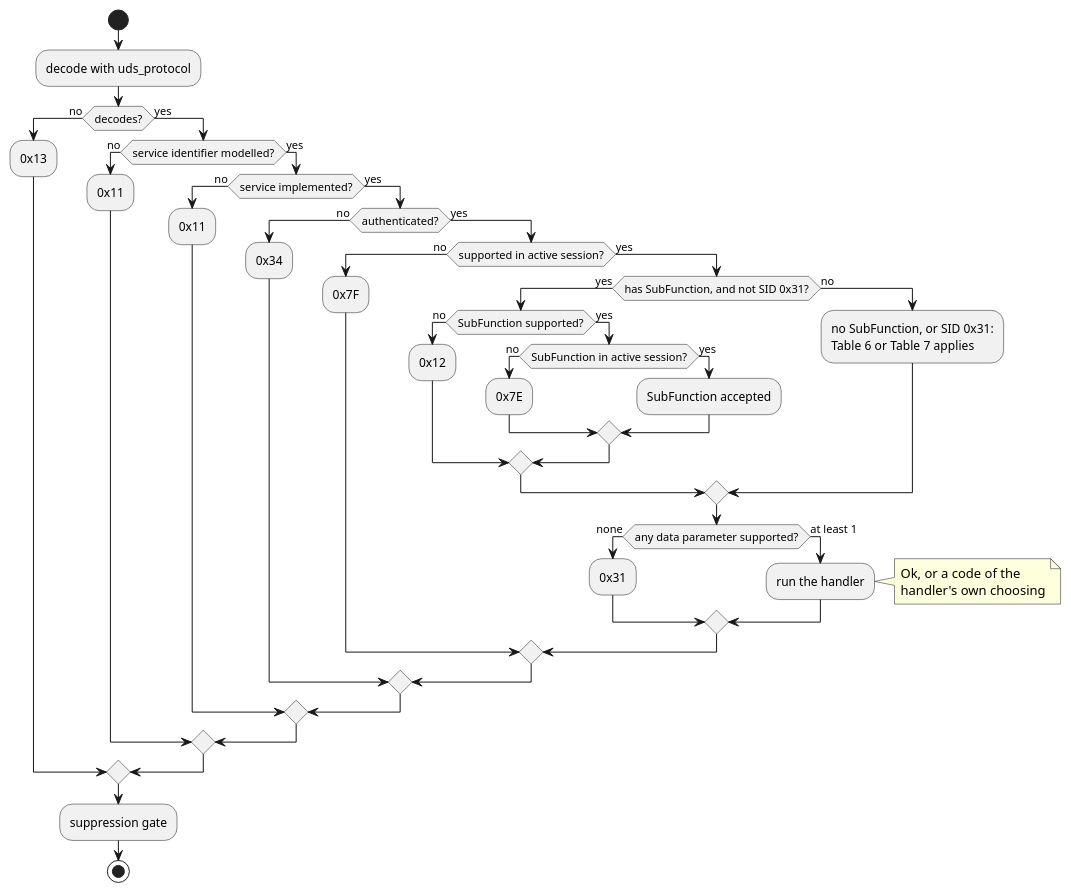
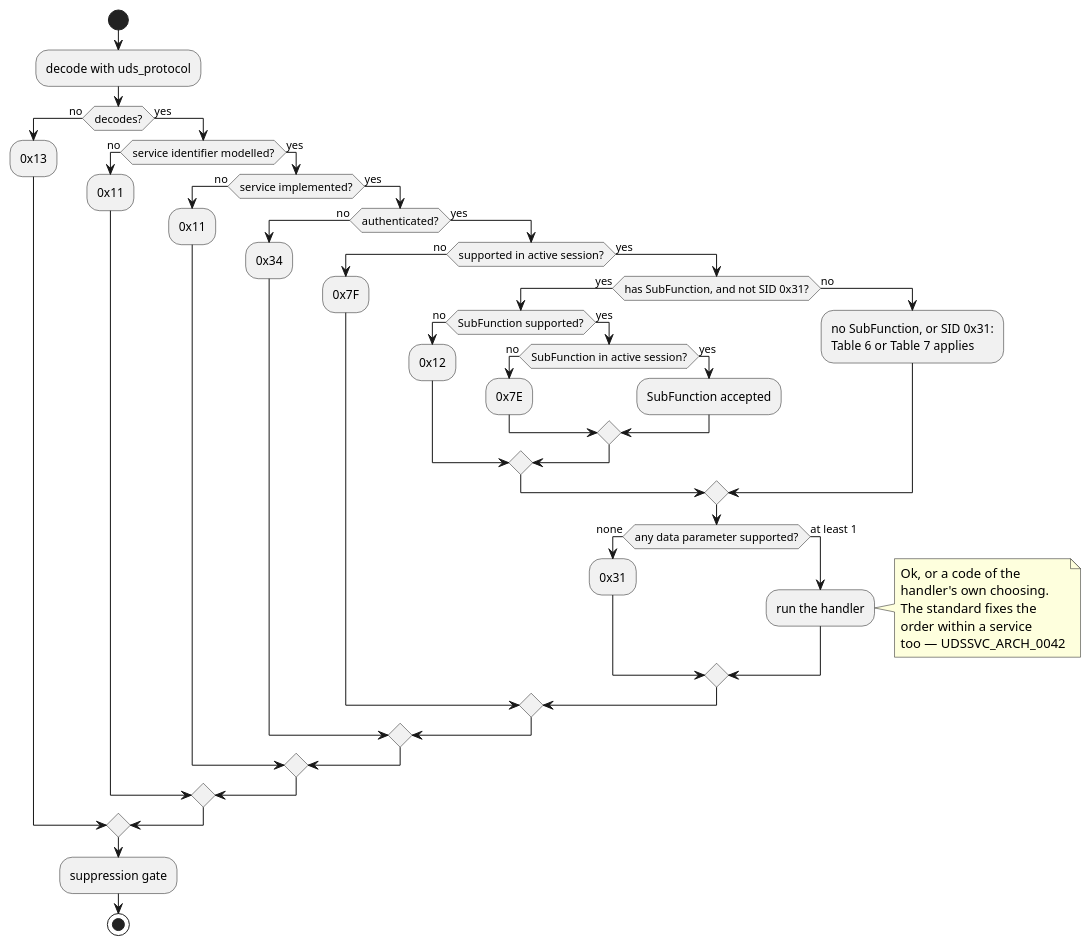
The second of 3 diagrams in crates/uds_services/docs/architecture/dispatch.rst (luminartech/uds_stack), drawn with PlantUML before and after one commit. The commit also changed other lines of this file and 5 other files, not shown here.

```diff
--- a/crates/uds_services/docs/architecture/dispatch.rst
+++ b/crates/uds_services/docs/architecture/dispatch.rst
@@ -72,54 +72,57 @@
 .. uml::
    :align: center
    :caption: The mandatory path. Optional and manufacturer-specific checks
              (``UDSSVC_ARCH_0011``) are omitted; each attaches at a stated position.
 
    @startuml
    start
    :decode with uds_protocol;
    if (decodes?) then (no)
      :0x13; <<negative>>
    else (yes)
      if (service identifier modelled?) then (no)
        :0x11; <<negative>>
      else (yes)
        if (service implemented?) then (no)
          :0x11; <<negative>>
        else (yes)
          if (authenticated?) then (no)
            :0x34; <<negative>>
          else (yes)
            if (supported in active session?) then (no)
              :0x7F; <<negative>>
            else (yes)
              if (has SubFunction, and not SID 0x31?) then (yes)
                if (SubFunction supported?) then (no)
                  :0x12; <<negative>>
                else (yes)
                  if (SubFunction in active session?) then (no)
                    :0x7E; <<negative>>
                  else (yes)
                    :SubFunction accepted;
                  endif
                endif
              else (no)
                :no SubFunction, or SID 0x31:
                Table 6 or Table 7 applies;
              endif
              if (any data parameter supported?) then (none)
                :0x31; <<negative>>
              else (at least 1)
                :run the handler;
                note right
                  Ok, or a code of the
-                 handler's own choosing
+                 handler's own choosing.
+                 The standard fixes the
+                 order within a service
+                 too — UDSSVC_ARCH_0042
                end note
              endif
            endif
          endif
        endif
      endif
    endif
    :suppression gate;
    stop
    @enduml
```
